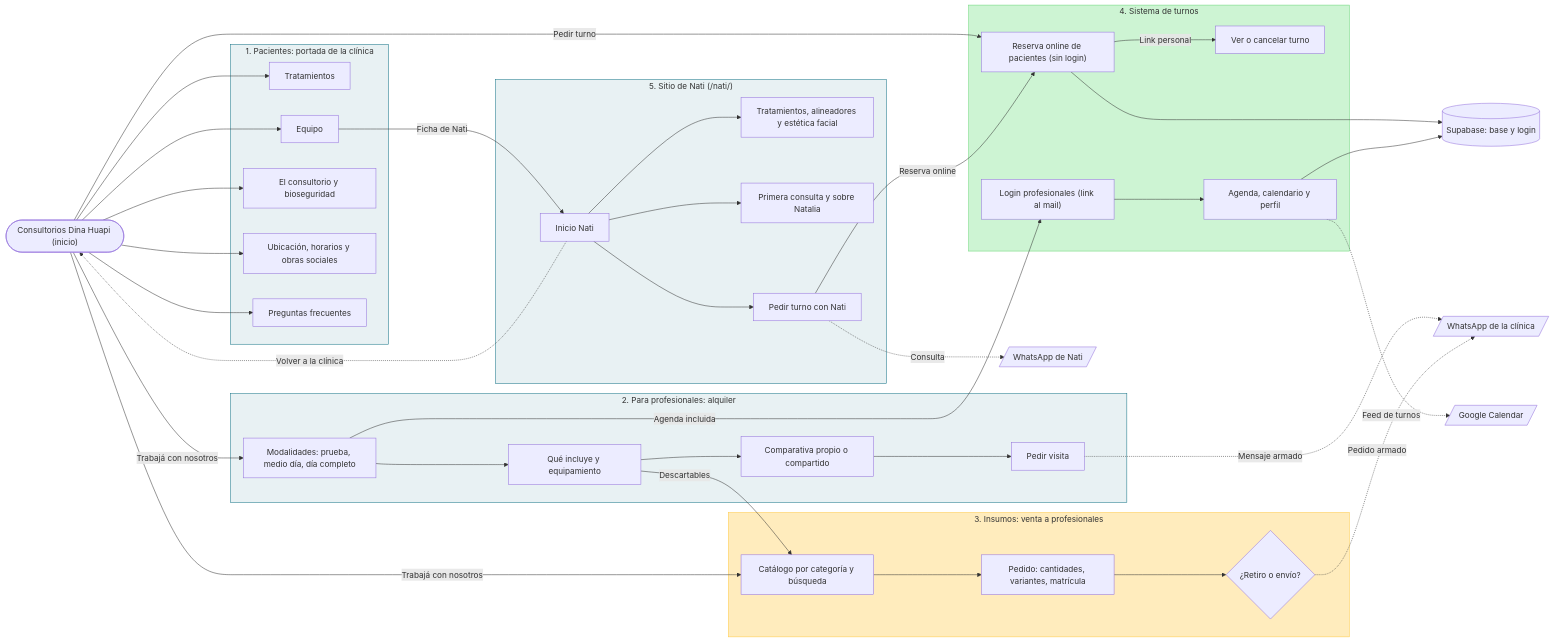
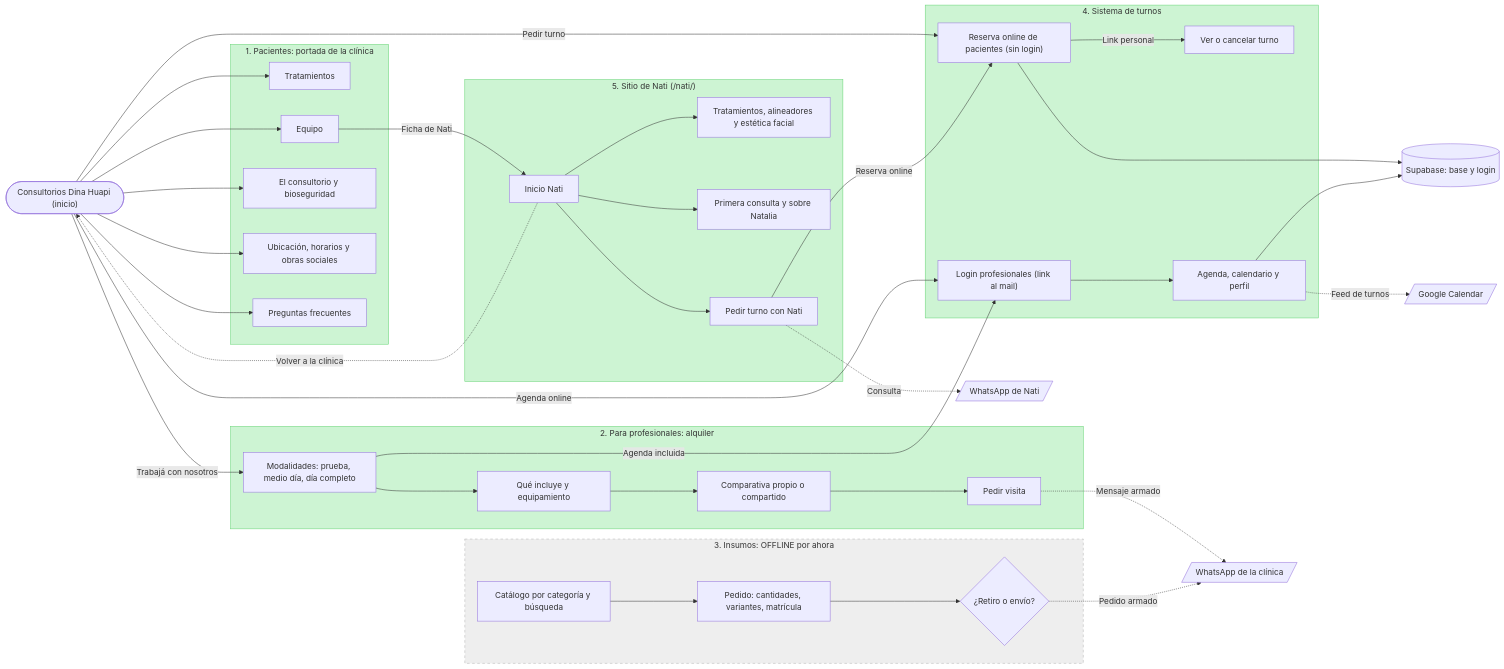
Before and after one commit to santiagojdv/consultorios-dina-huapi: the diagram in docs/mapa-del-sitio.md, drawn with Mermaid. The commit also changed other lines of this file and 4 other files, not shown here.

First line of the commit message:
Insumos offline por ahora: sin links desde el sitio y con noindex

````diff
--- a/docs/mapa-del-sitio.md
+++ b/docs/mapa-del-sitio.md
@@ -17,74 +17,73 @@
 ```mermaid
 flowchart LR
     dominio(["Consultorios Dina Huapi (inicio)"])
 
     subgraph s1 ["1. Pacientes: portada de la clínica"]
         c1Trat["Tratamientos"]
         c1Equipo["Equipo"]
         c1Lugar["El consultorio y bioseguridad"]
         c1Ubic["Ubicación, horarios y obras sociales"]
         c1Faq["Preguntas frecuentes"]
     end
 
     subgraph s2 ["2. Para profesionales: alquiler"]
         p2Mod["Modalidades: prueba, medio día, día completo"]
         p2Incl["Qué incluye y equipamiento"]
         p2Comp["Comparativa propio o compartido"]
         p2Visita["Pedir visita"]
     end
 
-    subgraph s3 ["3. Insumos: venta a profesionales"]
+    subgraph s3 ["3. Insumos: OFFLINE por ahora"]
         i3Cat["Catálogo por categoría y búsqueda"]
         i3Pedido["Pedido: cantidades, variantes, matrícula"]
         i3Entrega{"¿Retiro o envío?"}
     end
 
     subgraph s4 ["4. Sistema de turnos"]
         t4Reserva["Reserva online de pacientes (sin login)"]
         t4Cancel["Ver o cancelar turno"]
         t4Login["Login profesionales (link al mail)"]
         t4Agenda["Agenda, calendario y perfil"]
     end
 
     subgraph s5 ["5. Sitio de Nati (/nati/)"]
         n5Home["Inicio Nati"]
         n5Trat["Tratamientos, alineadores y estética facial"]
         n5Sobre["Primera consulta y sobre Natalia"]
         n5Cta["Pedir turno con Nati"]
     end
 
     wa[/"WhatsApp de la clínica"/]
     waNati[/"WhatsApp de Nati"/]
     db[("Supabase: base y login")]
     gcal[/"Google Calendar"/]
 
     dominio --> c1Trat & c1Equipo & c1Lugar & c1Ubic & c1Faq
     dominio -->|"Pedir turno"| t4Reserva
     dominio -->|"Trabajá con nosotros"| p2Mod
-    dominio -->|"Trabajá con nosotros"| i3Cat
+    dominio -->|"Agenda online"| t4Login
     c1Equipo -->|"Ficha de Nati"| n5Home
     n5Home --> n5Trat & n5Sobre & n5Cta
     n5Cta -->|"Reserva online"| t4Reserva
     n5Cta -.->|"Consulta"| waNati
     n5Home -.->|"Volver a la clínica"| dominio
 
     p2Mod --> p2Incl --> p2Comp --> p2Visita
     p2Visita -.->|"Mensaje armado"| wa
-    p2Incl -->|"Descartables"| i3Cat
     p2Mod -->|"Agenda incluida"| t4Login
 
     i3Cat --> i3Pedido --> i3Entrega
     i3Entrega -.->|"Pedido armado"| wa
 
     t4Reserva -->|"Link personal"| t4Cancel
     t4Login --> t4Agenda
     t4Reserva --> db
     t4Agenda --> db
     t4Agenda -.->|"Feed de turnos"| gcal
 
-    style s1 fill:#E8F1F3,stroke:#127285
-    style s2 fill:#E8F1F3,stroke:#127285
-    style s3 fill:#FFECBD,stroke:#FFC943
+    style s1 fill:#CDF4D3,stroke:#66D575
+    style s2 fill:#CDF4D3,stroke:#66D575
+    style s3 fill:#EEEEEE,stroke:#B5B5B5,stroke-dasharray: 5 5
     style s4 fill:#CDF4D3,stroke:#66D575
-    style s5 fill:#E8F1F3,stroke:#127285
+    style s5 fill:#CDF4D3,stroke:#66D575
 ```
````
